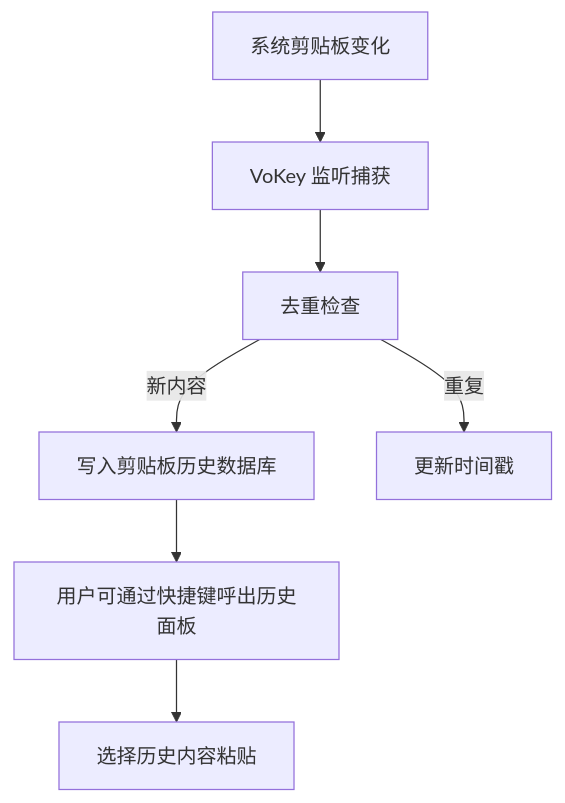
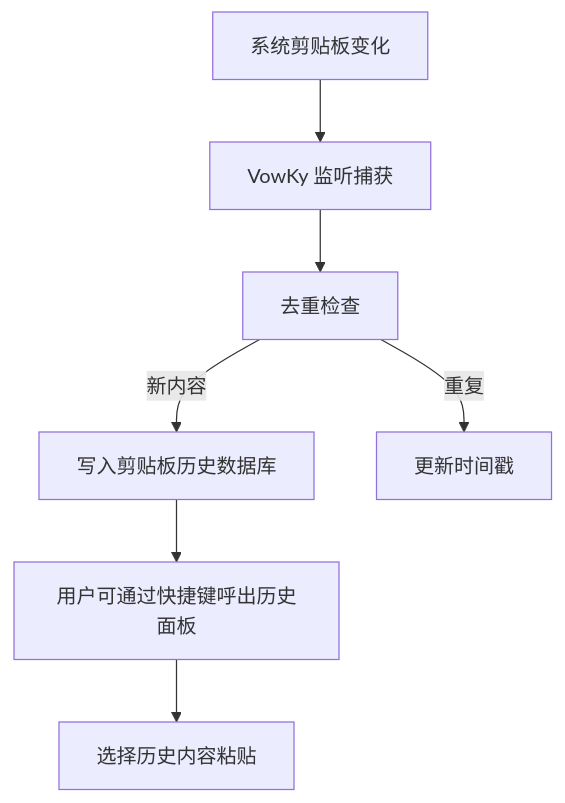
The second of 3 diagrams in PRD_VoKey_V1.0.md (KF330330/vowky), drawn with Mermaid before and after one commit. The commit also changed other lines of this file and 36 other files, not shown here.

First line of the commit message:
📝 docs: 统一项目命名规范，将 VoKey 更名为 VowKy

````diff
--- a/PRD_VoKey_V1.0.md
+++ b/PRD_VoKey_V1.0.md
@@ -107,9 +107,9 @@
 ```mermaid
 flowchart TD
-    A[系统剪贴板变化] --> B[VoKey 监听捕获]
+    A[系统剪贴板变化] --> B[VowKy 监听捕获]
     B --> C[去重检查]
     C -->|新内容| D[写入剪贴板历史数据库]
     C -->|重复| E[更新时间戳]
     D --> F[用户可通过快捷键呼出历史面板]
     F --> G[选择历史内容粘贴]
 ```
````
